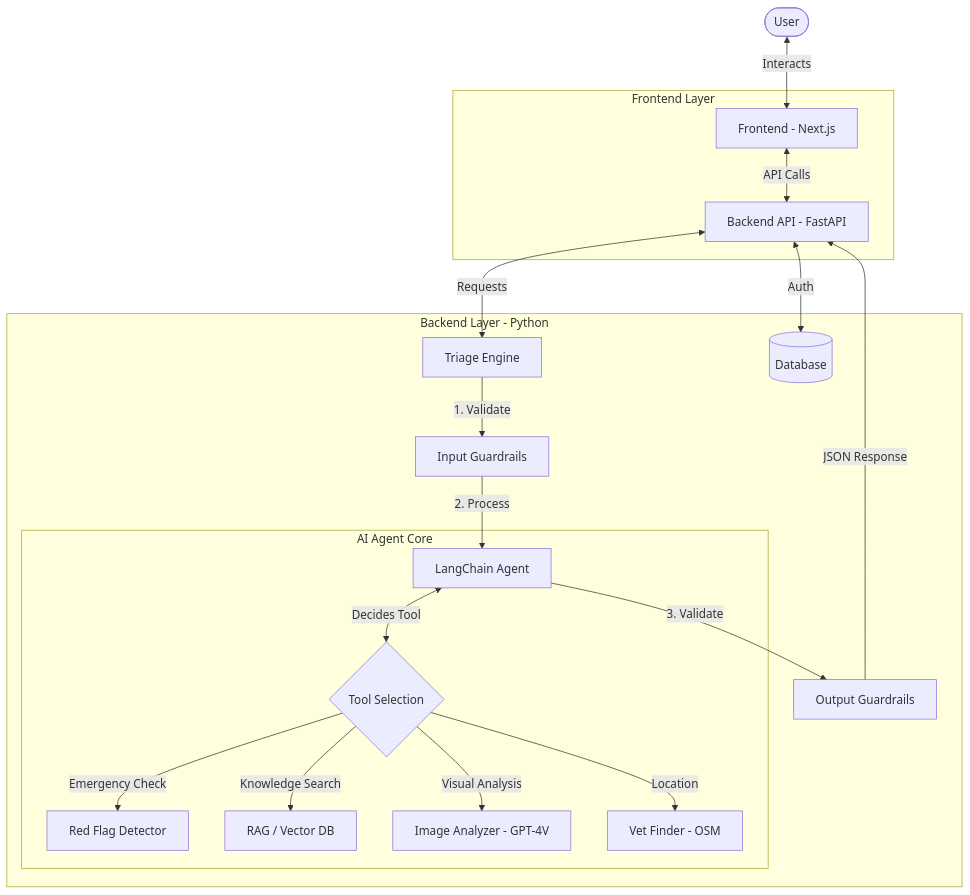
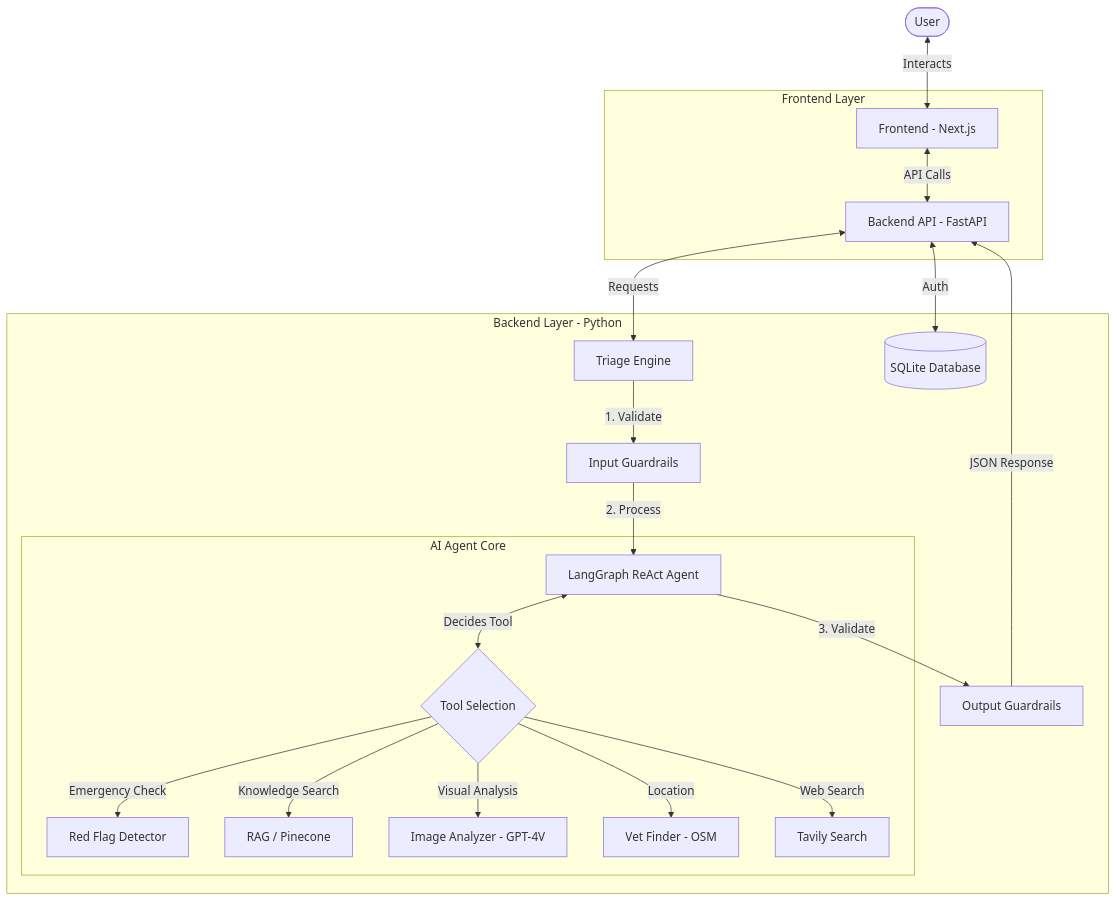
One commit to sjagannathan17/Fuzzy-Friend changed the diagram in README.md. Above: the diagram before and after it, drawn with Mermaid. The commit also changed other lines of this file and 1 other file, not shown here.

````diff
--- a/README.md
+++ b/README.md
@@ -11,28 +24,29 @@
 ```mermaid
 graph TD
     User([User]) <-->|Interacts| Frontend[Frontend - Next.js]
     
     subgraph "Frontend Layer"
         Frontend <-->|API Calls| API[Backend API - FastAPI]
     end
     
     subgraph "Backend Layer - Python"
         API <-->|Requests| TriageEngine[Triage Engine]
-        API <-->|Auth| DB[(Database)]
+        API <-->|Auth| DB[(SQLite Database)]
         
         TriageEngine -->|1. Validate| InputGuard[Input Guardrails]
-        InputGuard -->|2. Process| Agent[LangChain Agent]
+        InputGuard -->|2. Process| Agent[LangGraph ReAct Agent]
         
         subgraph "AI Agent Core"
             Agent <-->|Decides Tool| Tools{Tool Selection}
             Tools -->|Emergency Check| RedFlags[Red Flag Detector]
-            Tools -->|Knowledge Search| RAG[RAG / Vector DB]
+            Tools -->|Knowledge Search| RAG[RAG / Pinecone]
             Tools -->|Visual Analysis| Vision[Image Analyzer - GPT-4V]
             Tools -->|Location| Maps[Vet Finder - OSM]
+            Tools -->|Web Search| Web[Tavily Search]
         end
         
         Agent -->|3. Validate| OutputGuard[Output Guardrails]
     end
     
     OutputGuard -->|JSON Response| API
 ```
````
